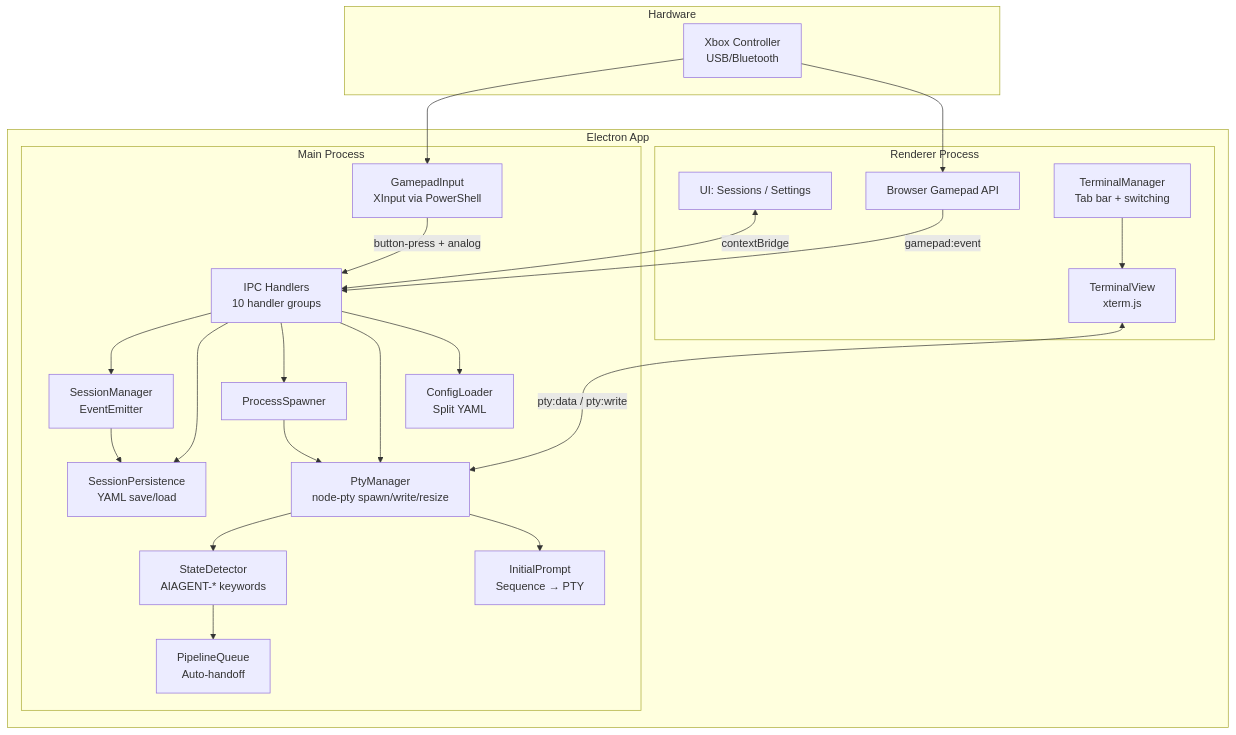
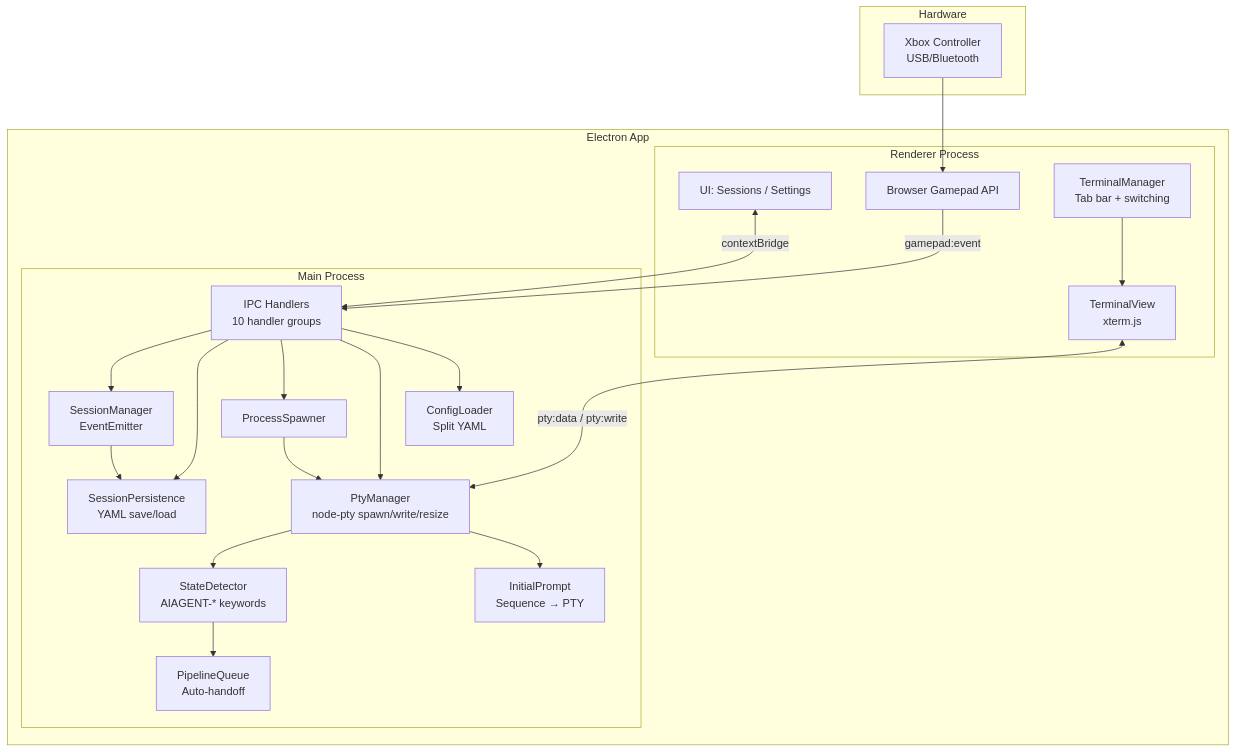
Before and after one commit to PetePeter/gamepad-cli-hub: the diagram in CLAUDE.md, drawn with Mermaid. The commit also changed other lines of this file and 19 other files, not shown here.

First line of the commit message:
refactor: remove XInput, simplify gamepad to Browser API only

````diff
--- a/CLAUDE.md
+++ b/CLAUDE.md
@@ -9,47 +9,44 @@
 ```mermaid
 graph TB
     subgraph Hardware
         XC[Xbox Controller<br/>USB/Bluetooth]
     end
 
     subgraph "Electron App"
         subgraph "Renderer Process"
             UI[UI: Sessions / Settings]
             BGA[Browser Gamepad API]
             TM[TerminalManager<br/>Tab bar + switching]
             TV[TerminalView<br/>xterm.js]
         end
 
         subgraph "Main Process"
             IPC[IPC Handlers<br/>10 handler groups]
-            GI[GamepadInput<br/>XInput via PowerShell]
             SM[SessionManager<br/>EventEmitter]
             SP[SessionPersistence<br/>YAML save/load]
             PS[ProcessSpawner]
             PTY[PtyManager<br/>node-pty spawn/write/resize]
             SD[StateDetector<br/>AIAGENT-* keywords]
             PQ[PipelineQueue<br/>Auto-handoff]
             IP[InitialPrompt<br/>Sequence → PTY]
             CL[ConfigLoader<br/>Split YAML]
         end
 
         UI <-->|contextBridge| IPC
         BGA -->|gamepad:event| IPC
         TM --> TV
         TV <-->|pty:data / pty:write| PTY
     end
 
-    XC --> GI
     XC --> BGA
-    GI -->|button-press + analog| IPC
     IPC --> SM
     IPC --> SP
     IPC --> PS
     IPC --> PTY
     IPC --> CL
     SM --> SP
     PS --> PTY
     PTY --> SD
     SD --> PQ
     PTY --> IP
 ```
````
